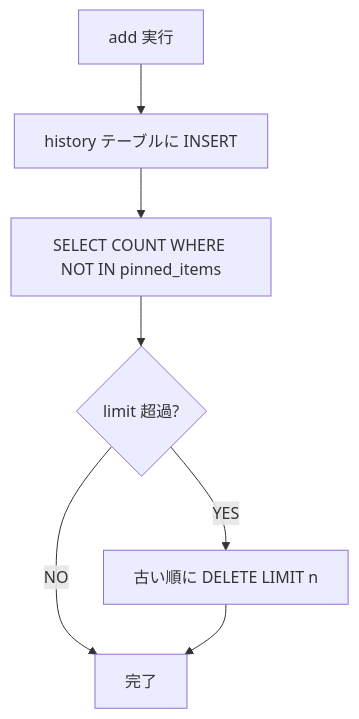
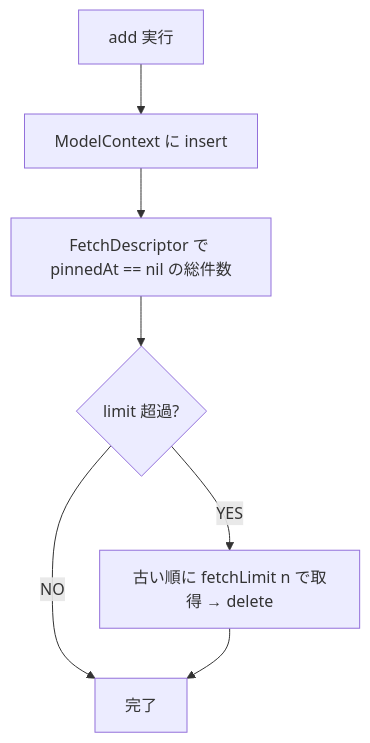
The second of 4 diagrams in docs/clip-shelf/persistence-spec.md (DIO0550/mac-clip-shelf), drawn with Mermaid before and after one commit. The commit also changed other lines of this file and 7 other files, not shown here.

````diff
--- a/docs/clip-shelf/persistence-spec.md
+++ b/docs/clip-shelf/persistence-spec.md
@@ -142,9 +163,9 @@
 ```mermaid
 flowchart TD
-    A[add 実行] --> B[history テーブルに INSERT]
-    B --> C[SELECT COUNT WHERE NOT IN pinned_items]
+    A[add 実行] --> B[ModelContext に insert]
+    B --> C[FetchDescriptor で pinnedAt == nil の総件数]
     C --> D{limit 超過?}
-    D -->|YES| E[古い順に DELETE LIMIT n]
+    D -->|YES| E[古い順に fetchLimit n で取得 → delete]
     D -->|NO| Z[完了]
     E --> Z
 ```
````
